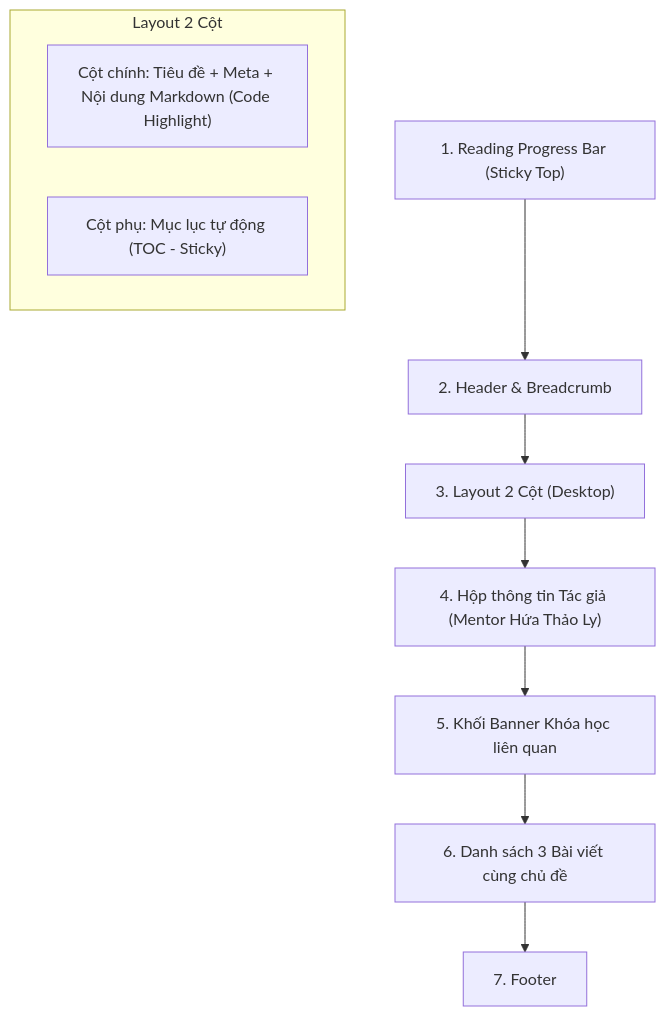
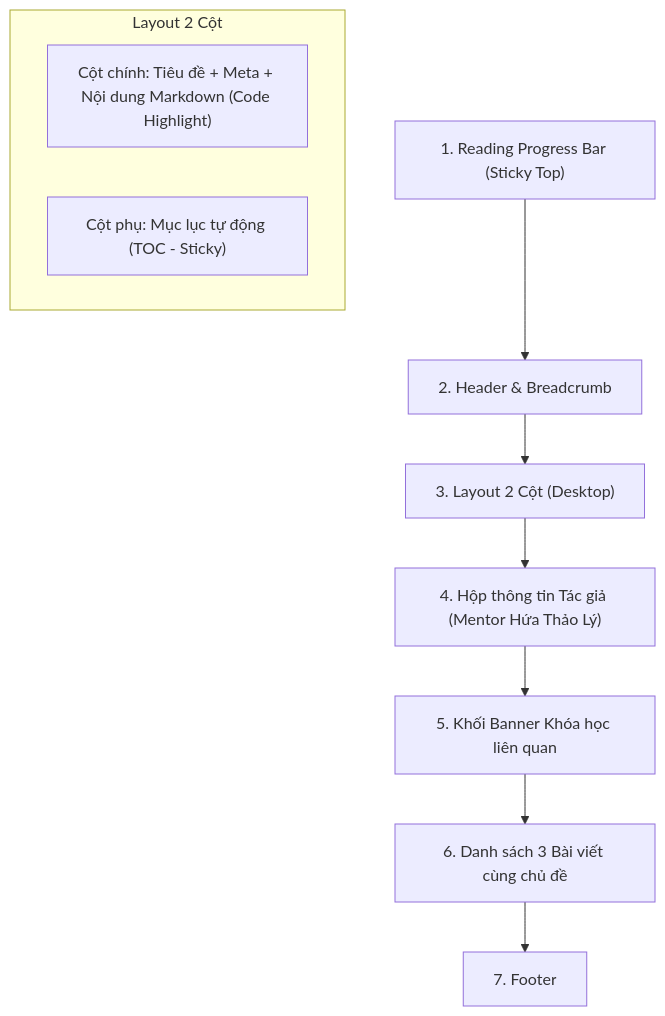
One commit to TruongHienTHMH/Ed_tech changed the diagram in .docs/03-modules/M03-blog/prd.md. Above: the diagram before and after it, drawn with Mermaid. The commit also changed other lines of this file and 90 other files, not shown here.

````diff
--- a/.docs/03-modules/M03-blog/prd.md
+++ b/.docs/03-modules/M03-blog/prd.md
@@ -51,13 +51,13 @@
 ```mermaid
 flowchart TD
     Top["1. Reading Progress Bar (Sticky Top)"] --> Nav["2. Header & Breadcrumb"]
     Nav --> Main["3. Layout 2 Cột (Desktop)"]
     subgraph MainLayout ["Layout 2 Cột"]
         Article["Cột chính: Tiêu đề + Meta + Nội dung Markdown (Code Highlight)"]
         Sidebar["Cột phụ: Mục lục tự động (TOC - Sticky)"]
     end
-    Main --> Author["4. Hộp thông tin Tác giả (Mentor Hứa Thảo Ly)"]
+    Main --> Author["4. Hộp thông tin Tác giả (Mentor Hứa Thảo Lý)"]
     Author --> CTA["5. Khối Banner Khóa học liên quan"]
     CTA --> Related["6. Danh sách 3 Bài viết cùng chủ đề"]
     Related --> Foot["7. Footer"]
 ```
````
